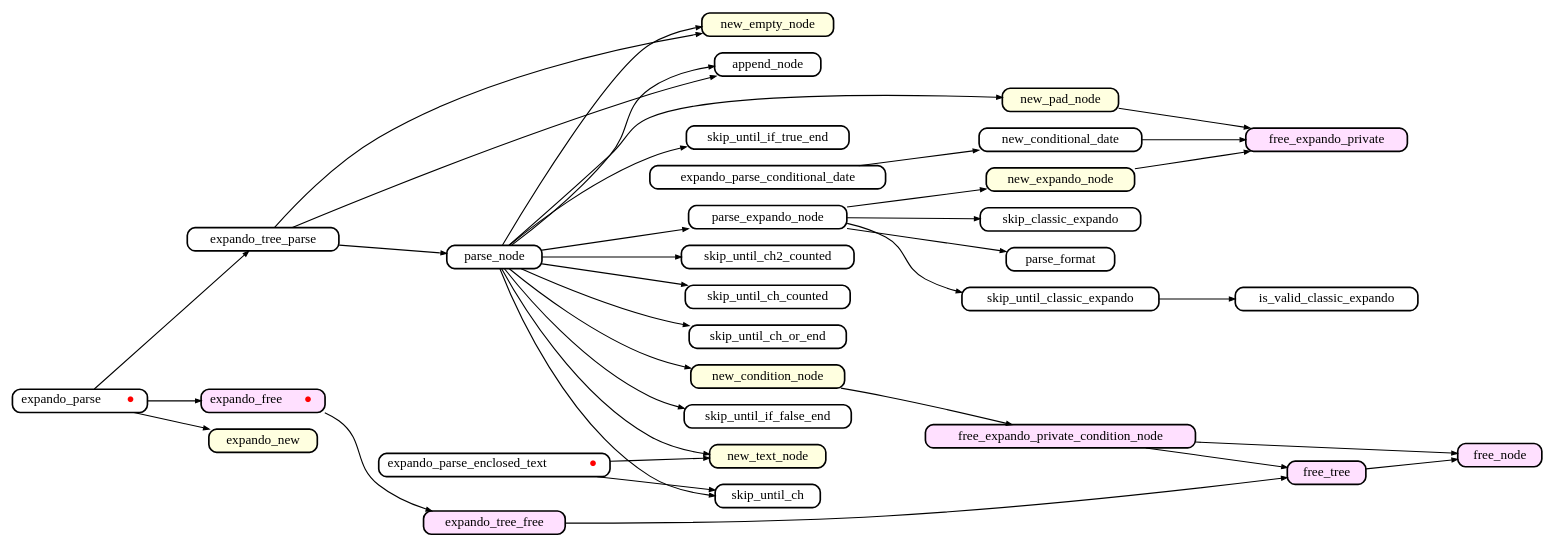
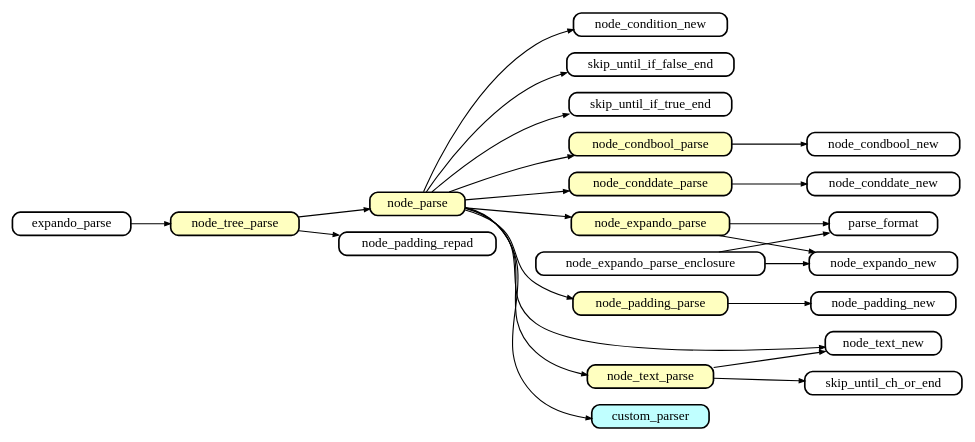
The diagram in 2024-01-25_expando/expando-parse.gv (neomutt/test-gfx), drawn with Graphviz before and after one commit. The commit also changed 9 other files, not shown here.

```diff
--- a/2024-01-25_expando/expando-parse.gv
+++ b/2024-01-25_expando/expando-parse.gv
@@ -1,86 +1,60 @@
 digraph callgraph {
 	graph [
 		rankdir="LR"
 		nodesep="0.2"
 		ranksep="0.5"
 		compound="true"
 	]
 
 	node [
 		shape="Mrecord"
 		fontsize="12"
 		fillcolor="#ffffff"
 		style="filled"
 		height="0.2"
 		penwidth="1.5"
 		color="black"
 	]
 
 	edge [
 		penwidth="1.0"
 		arrowsize="0.5"
 	]
 
-	// Called from outside library
-	node [ fillcolor="#ffffff" ]
-	expando_parse               [ label=<expando_parse <font color="red">●</font>> ]
-	expando_parse_enclosed_text [ label=<expando_parse_enclosed_text <font color="red">●</font>> ]
+	node [ fillcolor="#ffffc0" ]
+	node_condbool_parse
+	node_conddate_parse
+	node_expando_parse
+	node_padding_parse
+	node_parse
+	node_text_parse
+	node_tree_parse
 
-	// Free functions
-	node [ fillcolor="#ffe0ff" ]
-	expando_free
-	expando_tree_free
-	free_expando_private
-	free_expando_private_condition_node
-	free_node
-	free_tree
-
-	// New functions
-	node [ fillcolor="#ffffe0" ]
-	expando_free [ label=<expando_free <font color="red">●</font>> ]
-	expando_new
-	new_condition_node
-	new_empty_node
-	new_expando_node
-	new_pad_node
-	new_text_node
+	node [ fillcolor="#c0ffff" ]
+	custom_parser
 
 	node [ fillcolor="#ffffff" ]
-	expando_free                        -> expando_tree_free
-	expando_parse                       -> expando_free
-	expando_parse                       -> expando_new
-	expando_parse                       -> expando_tree_parse
-	expando_parse_conditional_date      -> new_conditional_date
-	expando_parse_enclosed_text         -> new_text_node
-	expando_parse_enclosed_text         -> skip_until_ch
-	expando_tree_free                   -> free_tree
-	expando_tree_parse                  -> append_node
-	expando_tree_parse                  -> new_empty_node
-	expando_tree_parse                  -> parse_node
-	free_expando_private_condition_node -> free_node
-	free_expando_private_condition_node -> free_tree
-	free_tree                           -> free_node
-	new_conditional_date                -> free_expando_private
-	new_condition_node                  -> free_expando_private_condition_node
-	new_expando_node                    -> free_expando_private
-	new_pad_node                        -> free_expando_private
-	parse_expando_node                  -> new_expando_node
-	parse_expando_node                  -> parse_format
-	parse_expando_node                  -> skip_classic_expando
-	parse_expando_node                  -> skip_until_classic_expando
-	parse_node                          -> append_node
-	parse_node                          -> new_condition_node
-	parse_node                          -> new_empty_node
-	parse_node                          -> new_pad_node
-	parse_node                          -> new_text_node
-	parse_node                          -> parse_expando_node
-	parse_node                          -> skip_until_ch
-	parse_node                          -> skip_until_ch2_counted
-	parse_node                          -> skip_until_ch_counted
-	parse_node                          -> skip_until_ch_or_end
-	parse_node                          -> skip_until_if_false_end
-	parse_node                          -> skip_until_if_true_end
-	skip_until_classic_expando          -> is_valid_classic_expando
-
+	expando_parse                -> node_tree_parse
+	node_condbool_parse          -> node_condbool_new
+	node_conddate_parse          -> node_conddate_new
+	node_expando_parse           -> node_expando_new
+	node_expando_parse           -> parse_format
+	node_expando_parse_enclosure -> node_expando_new
+	node_expando_parse_enclosure -> parse_format
+	node_padding_parse           -> node_padding_new
+	node_parse                   -> custom_parser
+	node_parse                   -> node_condbool_parse
+	node_parse                   -> node_conddate_parse
+	node_parse                   -> node_condition_new
+	node_parse                   -> node_expando_parse
+	node_parse                   -> node_padding_parse
+	node_parse                   -> node_text_new
+	node_parse                   -> node_text_parse
+	node_parse                   -> skip_until_if_false_end
+	node_parse                   -> skip_until_if_true_end
+	node_text_parse              -> node_text_new
+	node_text_parse              -> skip_until_ch_or_end
+	node_tree_parse              -> node_padding_repad
+	node_tree_parse              -> node_parse
 
 }
```
